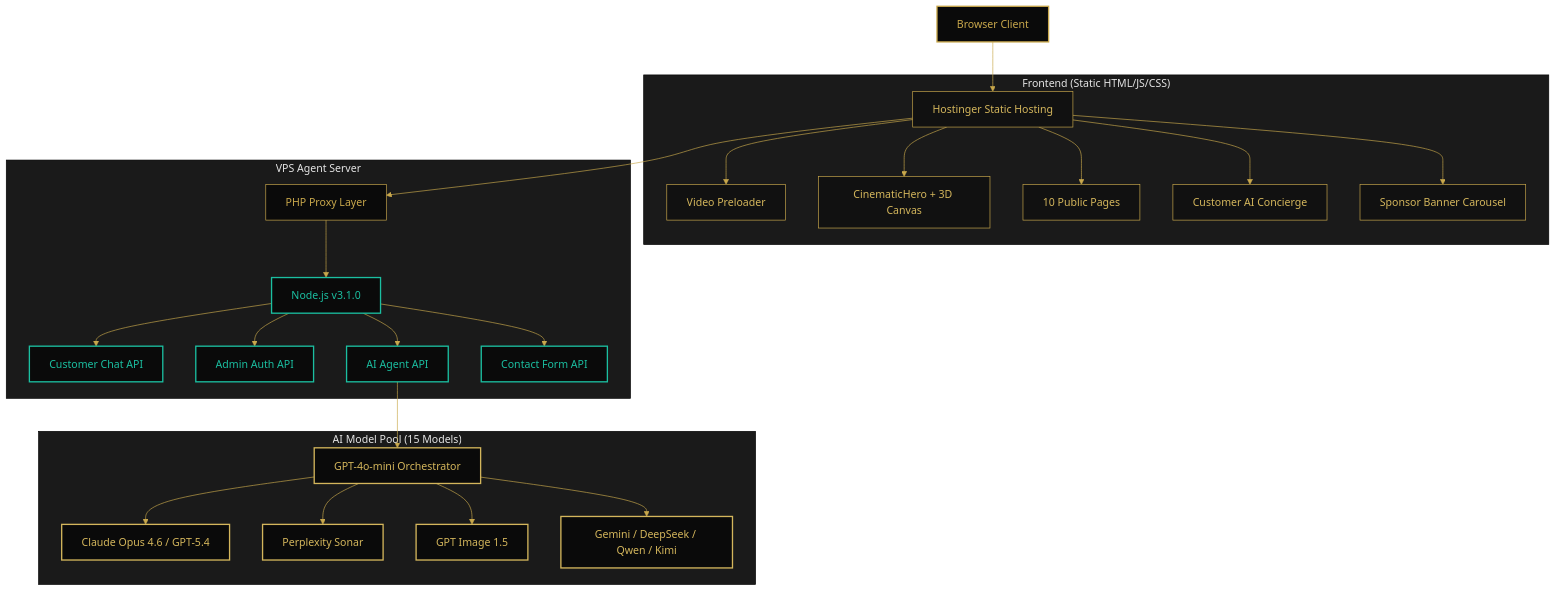
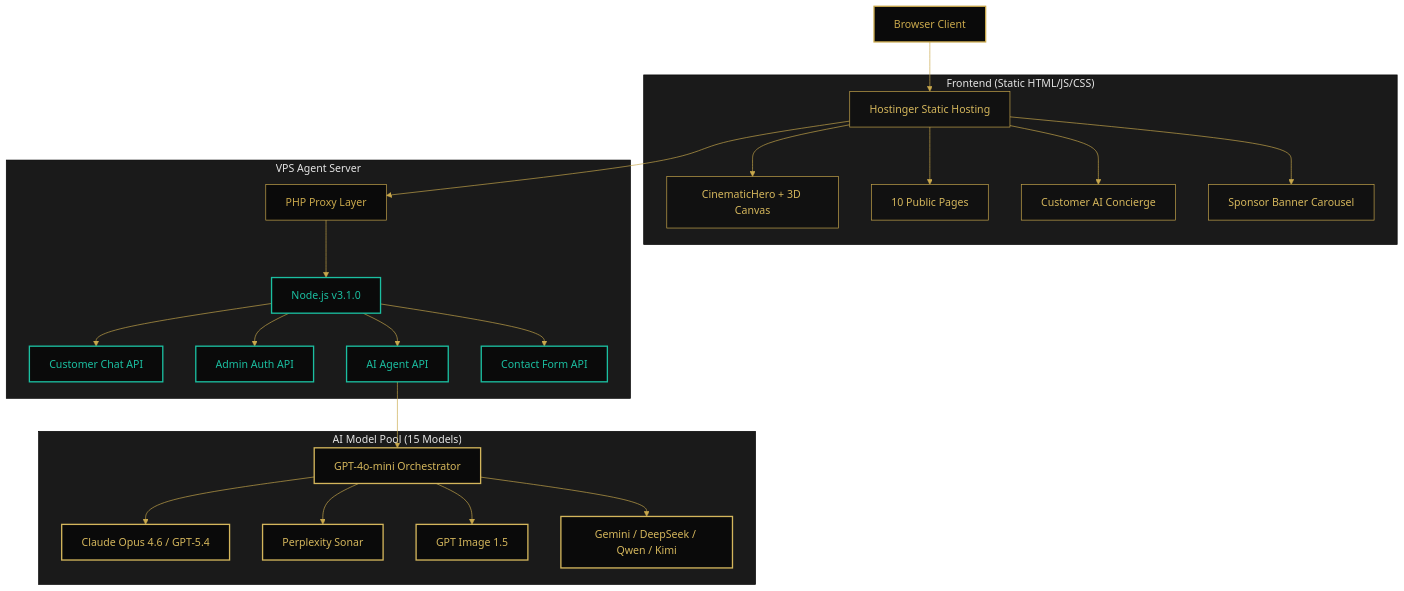
Before and after one commit to Victordtesla24/abentertainment: the first of 3 diagrams in README.md, drawn with Mermaid. The commit also changed other lines of this file and 10 other files, not shown here.

````diff
--- a/README.md
+++ b/README.md
@@ -250,36 +275,35 @@
 ```mermaid
 %%{init: {'theme': 'base', 'themeVariables': { 'primaryColor': '#0A0A0A', 'primaryTextColor': '#C9A84C', 'primaryBorderColor': '#C9A84C', 'lineColor': '#C9A84C', 'secondaryColor': '#111111', 'tertiaryColor': '#1A1A1A'}}}%%
 flowchart TD
     classDef client fill:#0A0A0A,stroke:#C9A84C,stroke-width:2px,color:#C9A84C;
     classDef server fill:#111111,stroke:#C9A84C,stroke-width:1px,color:#D4B65C;
     classDef vps fill:#0A0A0A,stroke:#1BBFA1,stroke-width:2px,color:#1BBFA1;
     classDef external fill:#0A0A0A,stroke:#D4B65C,stroke-width:2px,color:#D4B65C;
 
     BROWSER["Browser Client"]:::client --> HOSTINGER["Hostinger Static Hosting"]:::server
 
     subgraph Frontend["Frontend (Static HTML/JS/CSS)"]
-        HOSTINGER --> PRELOADER["Video Preloader"]:::server
         HOSTINGER --> HERO["CinematicHero + 3D Canvas"]:::server
         HOSTINGER --> PAGES["10 Public Pages"]:::server
         HOSTINGER --> CHATWIDGET["Customer AI Concierge"]:::server
         HOSTINGER --> SPONSORS["Sponsor Banner Carousel"]:::server
     end
 
     subgraph Backend["VPS Agent Server"]
         PHP["PHP Proxy Layer"] --> NODE["Node.js v3.1.0"]:::vps
         NODE --> CHAT["Customer Chat API"]:::vps
         NODE --> AUTH["Admin Auth API"]:::vps
         NODE --> AGENT["AI Agent API"]:::vps
         NODE --> CONTACT["Contact Form API"]:::vps
     end
 
     subgraph AI["AI Model Pool (15 Models)"]
         AGENT --> ORCHESTRATOR["GPT-4o-mini Orchestrator"]:::external
         ORCHESTRATOR --> PREMIUM["Claude Opus 4.6 / GPT-5.4"]:::external
         ORCHESTRATOR --> RESEARCH["Perplexity Sonar"]:::external
         ORCHESTRATOR --> IMAGE["GPT Image 1.5"]:::external
         ORCHESTRATOR --> OTHER["Gemini / DeepSeek / Qwen / Kimi"]:::external
     end
 
     HOSTINGER --> PHP
 ```
````
